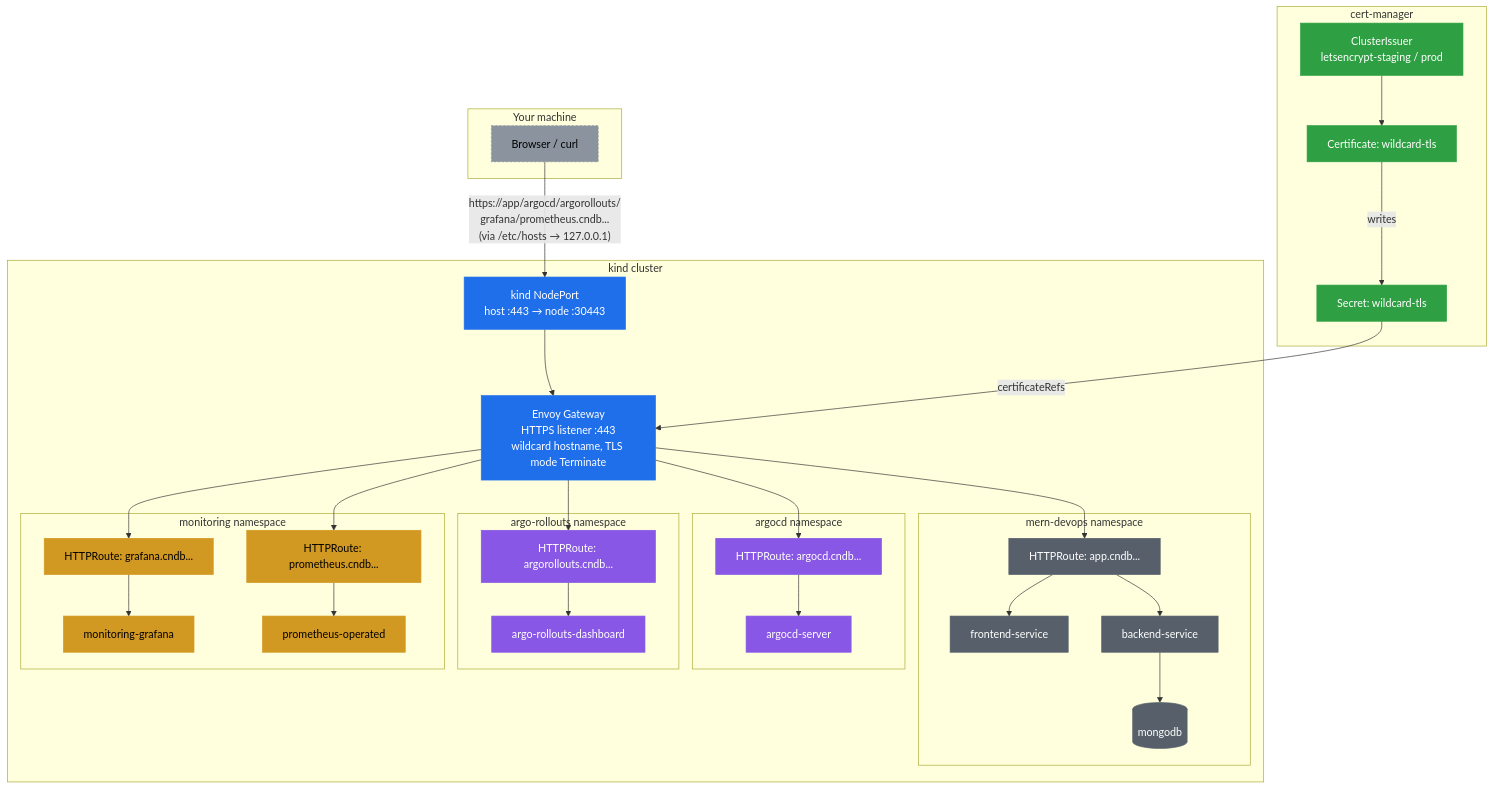
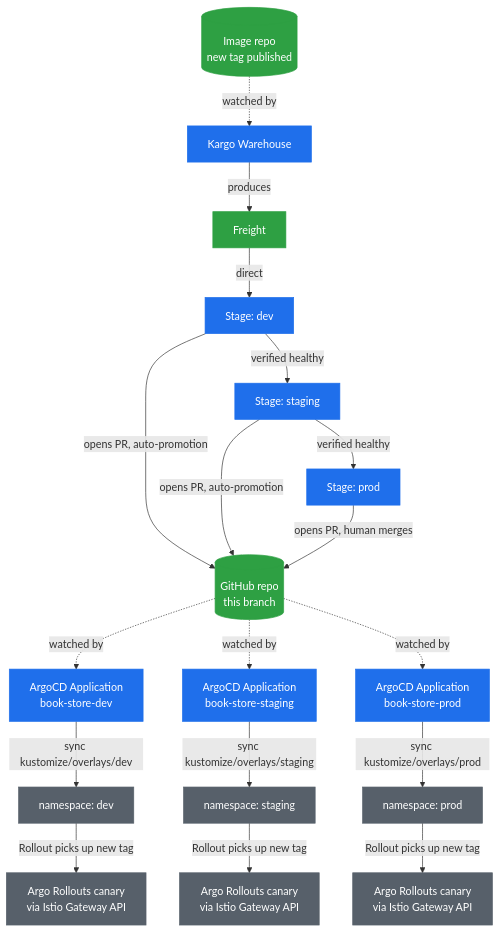
One commit to atkaridarshan04/cloudnative-devops-blueprint changed the second of 3 diagrams in README.md. Above: the diagram before and after it, drawn with Mermaid. The commit also changed other lines of this file and 2 other files, not shown here.

Commit message:
prod: rewrite README with full architecture diagrams and step-by-step setup guide and update kind-config.yml

````diff
--- a/README.md
+++ b/README.md
@@ -130,68 +92,33 @@
 ```mermaid
 flowchart TD
-    subgraph "Your machine"
-        Browser[Browser / curl]
-    end
+    GHCR[("Image repo<br/>new tag published")] -.->|watched by| WH[Kargo Warehouse]
+    WH -->|produces| Freight[Freight]
 
-    subgraph "kind cluster"
-        NP[kind NodePort<br/>host :443 → node :30443]
-        GW[Envoy Gateway<br/>HTTPS listener :443<br/>wildcard hostname, TLS mode Terminate]
+    Freight -->|direct| Dev[Stage: dev]
+    Dev -->|verified healthy| Staging[Stage: staging]
+    Staging -->|verified healthy| Prod[Stage: prod]
 
-        subgraph "mern-devops namespace"
-            AppRoute[HTTPRoute: app.cndb...]
-            FE[frontend-service]
-            BE[backend-service]
-            DB[(mongodb)]
-        end
+    Dev -->|opens PR, auto-promotion| Git[("GitHub repo<br/>this branch")]
+    Staging -->|opens PR, auto-promotion| Git
+    Prod -->|opens PR, human merges| Git
 
-        subgraph "argocd namespace"
-            ArgoRoute[HTTPRoute: argocd.cndb...]
-            ArgoSvc[argocd-server]
-        end
+    Git -.->|watched by| AppDev[ArgoCD Application<br/>book-store-dev]
+    Git -.->|watched by| AppStaging[ArgoCD Application<br/>book-store-staging]
+    Git -.->|watched by| AppProd[ArgoCD Application<br/>book-store-prod]
 
-        subgraph "argo-rollouts namespace"
-            RolloutsRoute[HTTPRoute: argorollouts.cndb...]
-            RolloutsSvc[argo-rollouts-dashboard]
-        end
+    AppDev -->|sync kustomize/overlays/dev| NsDev[namespace: dev]
+    AppStaging -->|sync kustomize/overlays/staging| NsStaging[namespace: staging]
+    AppProd -->|sync kustomize/overlays/prod| NsProd[namespace: prod]
 
-        subgraph "monitoring namespace"
-            GrafanaRoute[HTTPRoute: grafana.cndb...]
-            PromRoute[HTTPRoute: prometheus.cndb...]
-            GrafanaSvc[monitoring-grafana]
-            PromSvc[prometheus-operated]
-        end
-    end
+    NsDev -->|Rollout picks up new tag| CanaryDev[Argo Rollouts canary<br/>via Istio Gateway API]
+    NsStaging -->|Rollout picks up new tag| CanaryStaging[Argo Rollouts canary<br/>via Istio Gateway API]
+    NsProd -->|Rollout picks up new tag| CanaryProd[Argo Rollouts canary<br/>via Istio Gateway API]
 
-    subgraph "cert-manager"
-        CI[ClusterIssuer<br/>letsencrypt-staging / prod]
-        Cert[Certificate: wildcard-tls]
-        Secret[Secret: wildcard-tls]
-    end
+    classDef store fill:#2ea043,color:#fff,stroke:#2ea043
+    classDef controller fill:#1f6feb,color:#fff,stroke:#1f6feb
+    classDef workload fill:#57606a,color:#fff,stroke:#57606a
 
-    Browser -->|"https://app/argocd/argorollouts/<br/>grafana/prometheus.cndb...<br/>(via /etc/hosts → 127.0.0.1)"| NP
-    NP --> GW
-    GW --> AppRoute --> FE
-    AppRoute --> BE --> DB
-    GW --> ArgoRoute --> ArgoSvc
-    GW --> RolloutsRoute --> RolloutsSvc
-    GW --> GrafanaRoute --> GrafanaSvc
-    GW --> PromRoute --> PromSvc
-
-    CI --> Cert
-    Cert -->|writes| Secret
-    Secret -->|certificateRefs| GW
-
-    classDef gateway fill:#1f6feb,color:#fff,stroke:#1f6feb
-    classDef certmgr fill:#2ea043,color:#fff,stroke:#2ea043
-    classDef argocd fill:#8957e5,color:#fff,stroke:#8957e5
-    classDef monitoring fill:#d29922,color:#000,stroke:#d29922
-    classDef app fill:#57606a,color:#fff,stroke:#57606a
-    classDef external fill:#8b949e,color:#000,stroke:#8b949e,stroke-dasharray: 3 3
-
-    class Browser external
-    class NP,GW gateway
-    class AppRoute,FE,BE,DB app
-    class ArgoRoute,ArgoSvc,RolloutsRoute,RolloutsSvc argocd
-    class GrafanaRoute,PromRoute,GrafanaSvc,PromSvc monitoring
-    class CI,Cert,Secret certmgr
+    class GHCR,Freight,Git store
+    class WH,Dev,Staging,Prod,AppDev,AppStaging,AppProd controller
+    class NsDev,NsStaging,NsProd,CanaryDev,CanaryStaging,CanaryProd workload
 ```
````
